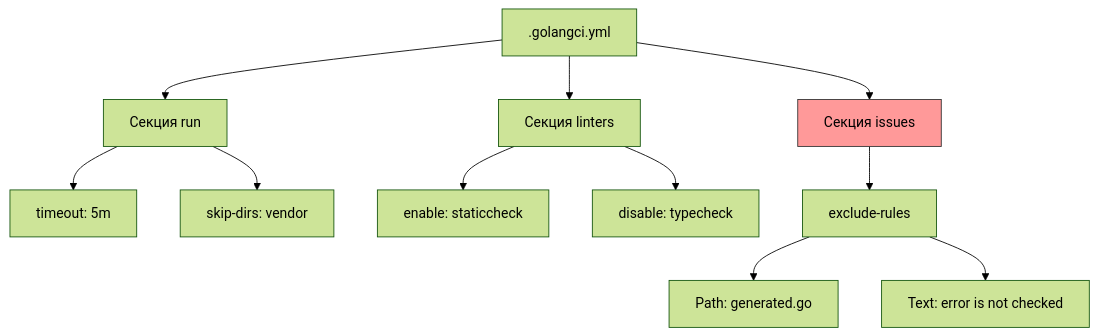
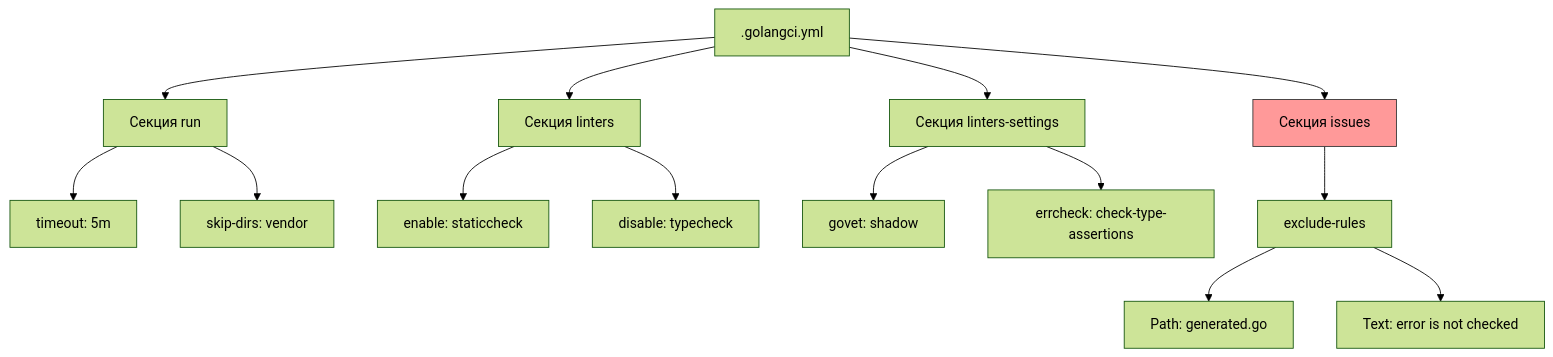
Before and after one commit to UnrealTemplier/go-textbook: the diagram in sources/8. Инфраструктура языка, Тулинг и CI_CD/19. Конфигурация линтеров.md, drawn with Mermaid (forest theme). The commit also changed other lines of this file, not shown here.

````diff
--- a/sources/8. Инфраструктура языка, Тулинг и CI_CD/19. Конфигурация линтеров.md
+++ b/sources/8. Инфраструктура языка, Тулинг и CI_CD/19. Конфигурация линтеров.md
@@ -17,18 +22,22 @@
 ```mermaid
 flowchart TD
     A[".golangci.yml"] --> B["Секция run"]
     A --> C["Секция linters"]
     A --> D["Секция issues"]
+    A --> E["Секция linters-settings"]
     
     B --> B1["timeout: 5m"]
     B --> B2["skip-dirs: vendor"]
     
     C --> C1["enable: staticcheck"]
     C --> C2["disable: typecheck"]
     
+    E --> E1["govet: shadow"]
+    E --> E2["errcheck: check-type-assertions"]
+    
     D --> D1["exclude-rules"]
     D1 --> D2["Path: generated.go"]
     D1 --> D3["Text: error is not checked"]
     
     style D fill:#ff9999,stroke:#333
 ```
````
